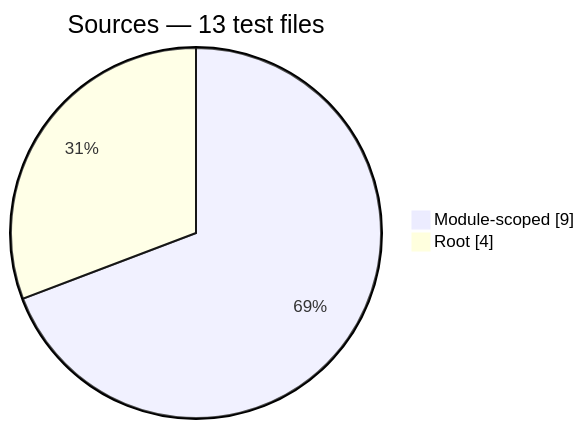
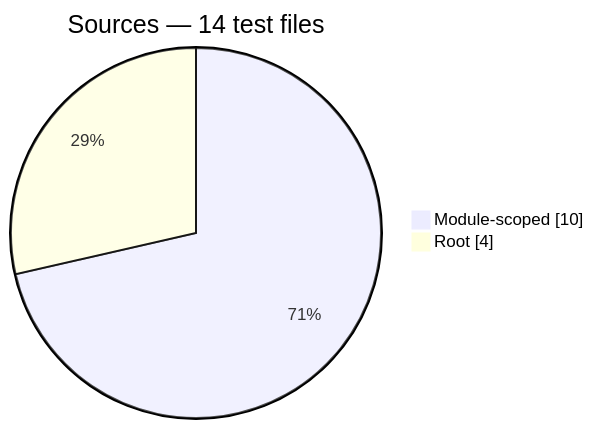
One commit to Mohammed-Alama/php-arazzo changed the fifth of 9 diagrams in docs/generated/test-composition.md. Above: the diagram before and after it, drawn with Mermaid. The commit also changed other lines of this file and 15 other files, not shown here.

````diff
--- a/docs/generated/test-composition.md
+++ b/docs/generated/test-composition.md
@@ -70,6 +70,6 @@
 ```mermaid
 pie showData
-    title Sources — 13 test files
-    "Module-scoped": 9
+    title Sources — 14 test files
+    "Module-scoped": 10
     "Root": 4
 ```
````
